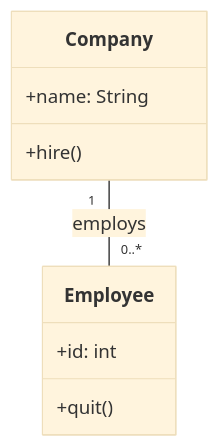
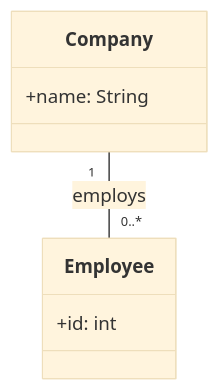
One commit to Muhammad-Hussain456/OOP changed the fourth of 10 diagrams in 07_AssociationAggregationAndComposition.md. Above: the diagram before and after it, drawn with Mermaid (base theme). The commit also changed other lines of this file, not shown here.

````diff
--- a/07_AssociationAggregationAndComposition.md
+++ b/07_AssociationAggregationAndComposition.md
@@ -84,13 +119,11 @@
 ```mermaid
 classDiagram
     Company "1" -- "0..*" Employee : employs
     
     class Company {
         +name: String
-        +hire()
     }
     class Employee {
         +id: int
-        +quit()
     }
 ```
````
